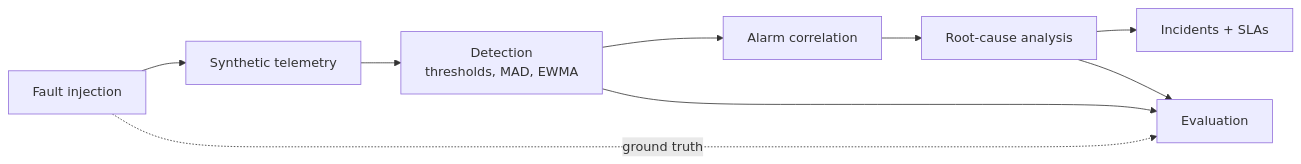
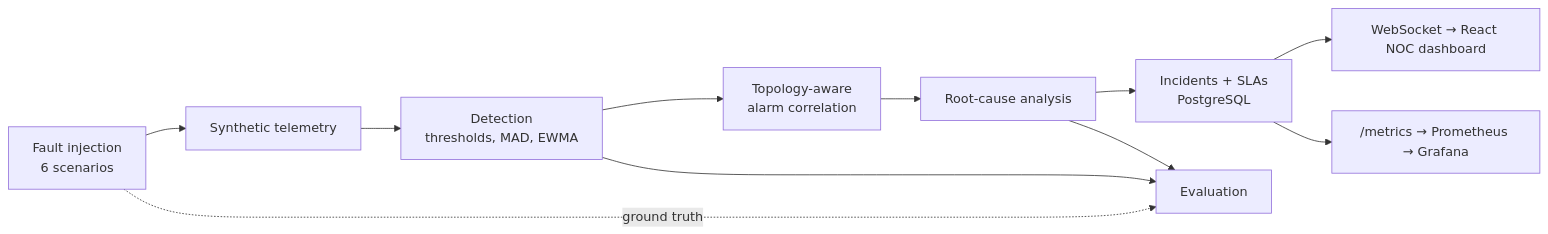
Before and after one commit to shreysherikar/shreysherikar: the second of 2 diagrams in README.md, drawn with Mermaid. The commit also changed other lines of this file, not shown here.

````diff
--- a/README.md
+++ b/README.md
@@ -79,11 +79,13 @@
 ```mermaid
 flowchart LR
-    F["Fault injection"] --> T["Synthetic telemetry"]
+    F["Fault injection<br/>6 scenarios"] --> T["Synthetic telemetry"]
     T --> D["Detection<br/>thresholds, MAD, EWMA"]
-    D --> C["Alarm correlation"]
+    D --> C["Topology-aware<br/>alarm correlation"]
     C --> R["Root-cause analysis"]
-    R --> I["Incidents + SLAs"]
+    R --> I["Incidents + SLAs<br/>PostgreSQL"]
+    I --> W["WebSocket → React NOC dashboard"]
+    I --> P["/metrics → Prometheus → Grafana"]
     D --> V["Evaluation"]
     R --> V
     F -.->|ground truth| V
 ```
````
